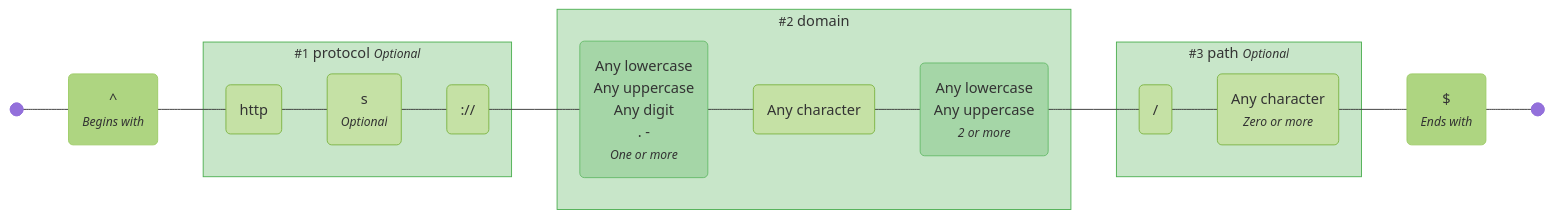
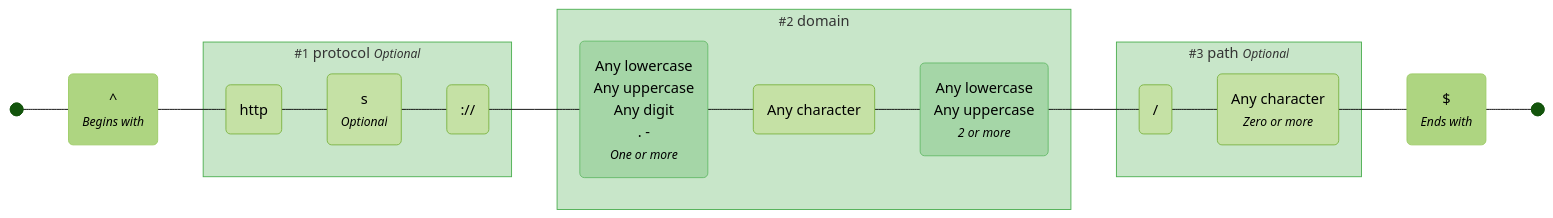
The fourth of 5 diagrams in THEMES.md (tayles/regex-to-mermaid), drawn with Mermaid before and after one commit. The commit also changed other lines of this file and 18 other files, not shown here.

````diff
--- a/THEMES.md
+++ b/THEMES.md
@@ -253,63 +260,67 @@
 ```mermaid
-%% Regex: ^(?<protocol>https?:\/\/)?(?<domain>[a-zA-Z0-9.-]+\.[a-zA-Z]{2,})(?<path>\/.*)?$
+---
+config:
+  theme: forest
+---
 
 graph LR
+  accTitle: "Regex: ^(?<protocol>https?:\\/\\/)?(?<domain>[a-zA-Z0-9.-]+\\.[a-zA-Z]{2,})(?<path>\\/.*)?$"
+  accDescr: "Generated with regex-to-mermaid@1.0.3"
+
   %% Nodes
   start@{ shape: f-circ };
   fin@{ shape: f-circ };
   assertion_1("^<br><i><small>Begins with</small></i>"):::assertion;
   literal_1("http"):::literal;
   literal_2("s<br><i><small>Optional</small></i>"):::literal;
   literal_3("://"):::literal;
   char_class_1("Any lowercase<br>Any uppercase<br>Any digit<br>. -<br><i><small>One or more</small></i>"):::char-class;
   literal_4("Any character"):::literal;
   char_class_2("Any lowercase<br>Any uppercase<br><i><small>2 or more</small></i>"):::char-class;
   literal_5("/"):::literal;
   literal_6("Any character<br><i><small>Zero or more</small></i>"):::literal;
   assertion_2("$<br><i><small>Ends with</small></i>"):::assertion;
 
   %% Subgraphs
   subgraph named_capture_1 ["<small>#1</small> protocol <small><i>Optional</i></small>"]
     literal_1
     literal_2
     literal_3
   end
 
   subgraph named_capture_2 ["<small>#2</small> domain"]
     char_class_1
     literal_4
     char_class_2
   end
 
   subgraph named_capture_3 ["<small>#3</small> path <small><i>Optional</i></small>"]
     literal_5
     literal_6
   end
 
   %% Edges
   start --- assertion_1;
   assertion_1 --- literal_1;
   literal_1 --- literal_2;
   literal_2 --- literal_3;
   literal_3 --- char_class_1;
   char_class_1 --- literal_4;
   literal_4 --- char_class_2;
   char_class_2 --- literal_5;
   literal_5 --- literal_6;
   literal_6 --- assertion_2;
   assertion_2 --- fin;
 
   %% Styles
   %% Node Styling
   classDef assertion fill:#AED581,stroke:#9CCC65;
   classDef literal fill:#C5E1A5,stroke:#7CB342;
   classDef char-class fill:#A5D6A7,stroke:#66BB6A;
 
   %% Group Styling
   classDef named-capture fill:#C8E6C9,stroke:#4CAF50;
 
   %% Apply Group Classes
   class named_capture_1,named_capture_2,named_capture_3 named-capture;
-
-%% Generated with regex-to-mermaid@1.0.0
 ```
````
